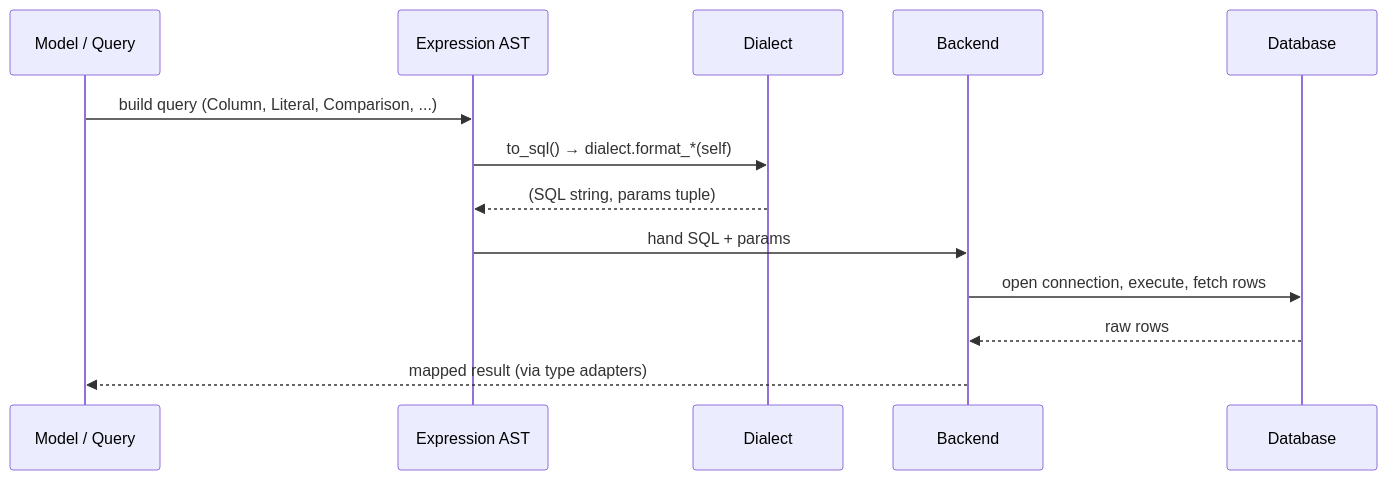
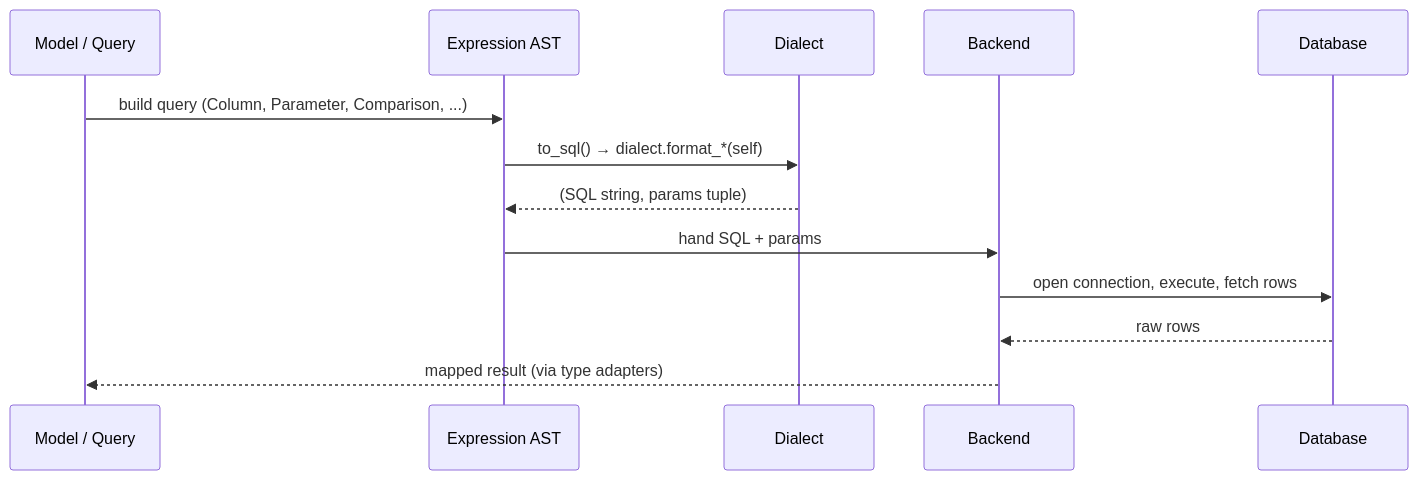
The fourth of 4 diagrams in docs/en_US/backend/architecture.md (rhosocial/python-activerecord), drawn with Mermaid before and after one commit. The commit also changed other lines of this file and 292 other files, not shown here.

````diff
--- a/docs/en_US/backend/architecture.md
+++ b/docs/en_US/backend/architecture.md
@@ -151,16 +151,16 @@
 ```mermaid
 sequenceDiagram
     participant M as Model / Query
     participant E as Expression AST
     participant D as Dialect
     participant B as Backend
     participant DB as Database
 
-    M->>E: build query (Column, Literal, Comparison, ...)
+    M->>E: build query (Column, Parameter, Comparison, ...)
     E->>D: to_sql() → dialect.format_*(self)
     D-->>E: (SQL string, params tuple)
     E->>B: hand SQL + params
     B->>DB: open connection, execute, fetch rows
     DB-->>B: raw rows
     B-->>M: mapped result (via type adapters)
 ```
````
